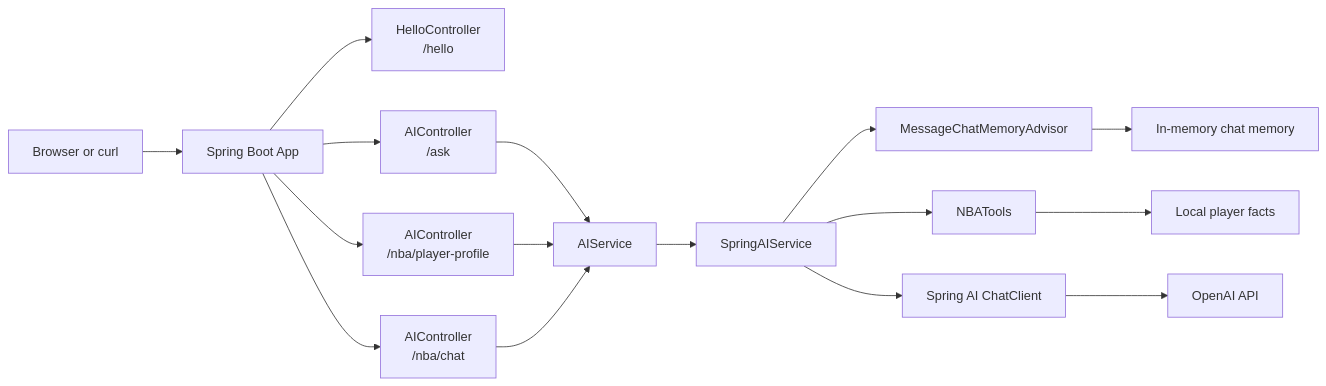
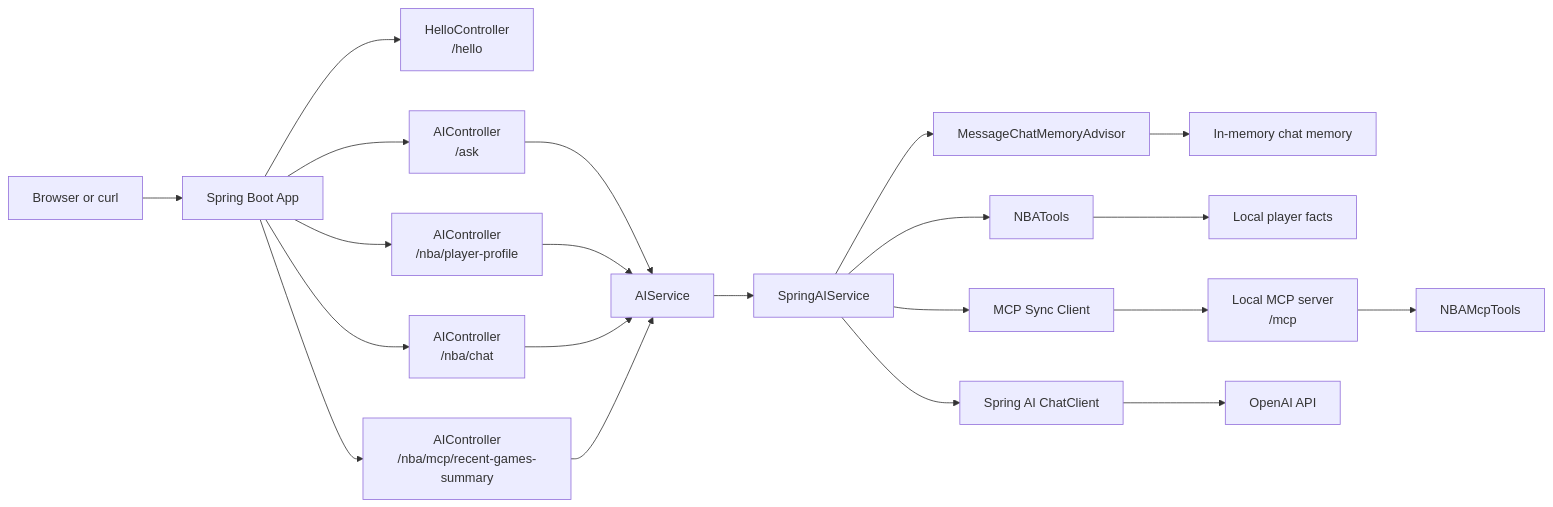
The diagram in README.md (venkykumar/springai-starter), drawn with Mermaid before and after one commit. The commit also changed other lines of this file and 11 other files, not shown here.

````diff
--- a/README.md
+++ b/README.md
@@ -224,18 +275,23 @@
 ```mermaid
 flowchart LR
     A[Browser or curl] --> B[Spring Boot App]
     B --> C[HelloController<br>/hello]
     B --> D[AIController<br>/ask]
     B --> I[AIController<br>/nba/player-profile]
     B --> J[AIController<br>/nba/chat]
+    B --> O[AIController<br>/nba/mcp/recent-games-summary]
     D --> E[AIService]
     I --> E
     J --> E
+    O --> E
     E --> F[SpringAIService]
     F --> K[MessageChatMemoryAdvisor]
     K --> L[In-memory chat memory]
     F --> M[NBATools]
     M --> N[Local player facts]
+    F --> P[MCP Sync Client]
+    P --> Q[Local MCP server<br>/mcp]
+    Q --> R[NBAMcpTools]
     F --> G[Spring AI ChatClient]
     G --> H[OpenAI API]
 ```
````
